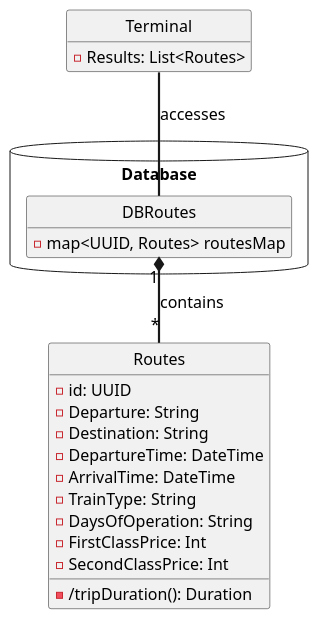
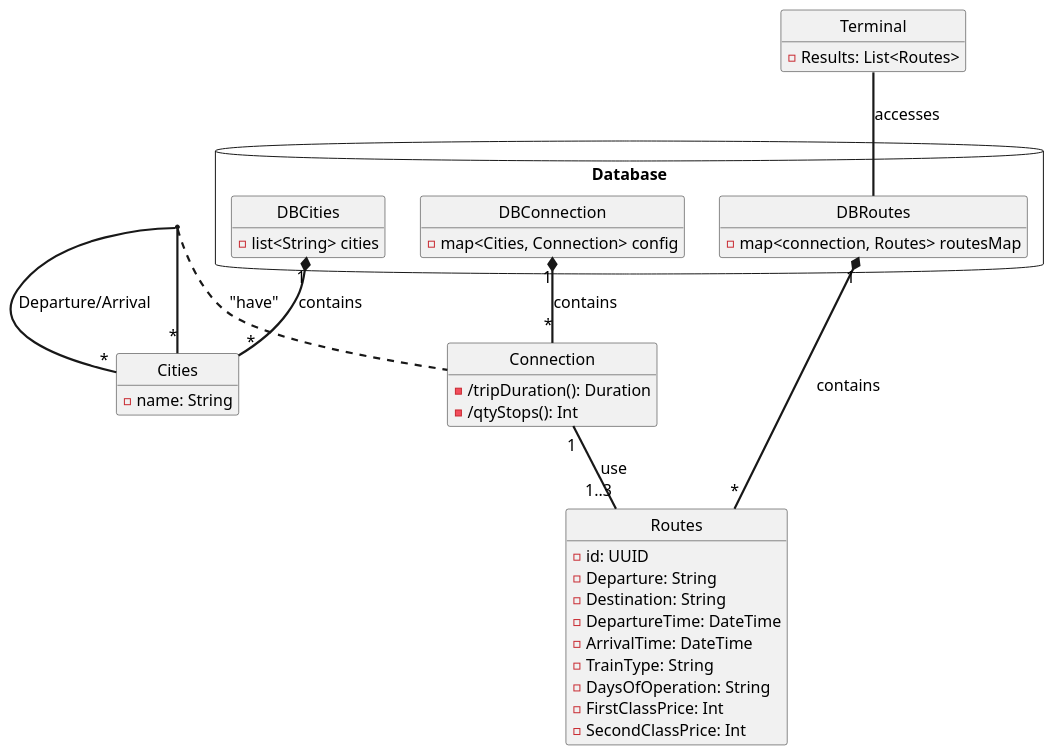
One commit to Cimpo1/SOEN342_2025 changed the diagram in docs/domain.plantuml. Above: the diagram before and after it, drawn with PlantUML. The commit also changed 12 other files, not shown here.

```diff
--- a/docs/domain.plantuml
+++ b/docs/domain.plantuml
@@ -1,47 +1,72 @@
 @startuml Domain Model
 skinparam style strictuml
 skinparam DefaultFontName Arial
 skinparam DefaultFontSize 16
 skinparam DefaultFontStyle bold
 skinparam ArrowThickness 2.2
 hide empty members
 
 class "Terminal" as terminal {
     - Results: List<Routes>
 }
 
 class "Routes" as routes {
     - id: UUID
     - Departure: String
     - Destination: String
     - DepartureTime: DateTime
     - ArrivalTime: DateTime
     - TrainType: String
     - DaysOfOperation: String
     - FirstClassPrice: Int
     - SecondClassPrice: Int
-    - /tripDuration(): Duration
 }
 
 package "Database" <<Database>> {
     class "DBRoutes" as DBRoutes {
-        - map<UUID, Routes> routesMap
+        - map<connection, Routes> routesMap
+    }
+    class "DBConnection" as DBConnection {
+        - map<Cities, Connection> config
+    }
+    class "DBCities" as DBCities {
+        - list<String> cities
     }
 }
+
+class "Connection" as connection {
+    - /tripDuration(): Duration
+    - /qtyStops(): Int
+}
+
+DBConnection "1" *-- "*" connection : "contains"
+DBCities  "1" *-- "*" cities : "contains"
+
+class "Cities" as cities {
+    - name: String
+}
+
+cities "*" -- "*" cities : "Departure/Arrival"
 
 
 terminal  -- DBRoutes : "accesses"
 
 DBRoutes "1" *-- "*" routes : "contains"
+
+(cities, cities) .. connection : "have"
+
+connection "1" -- "1..3" routes : "use"
+
+
 
 
 
 
 
 
 
 
 
 
 
 @enduml
```
